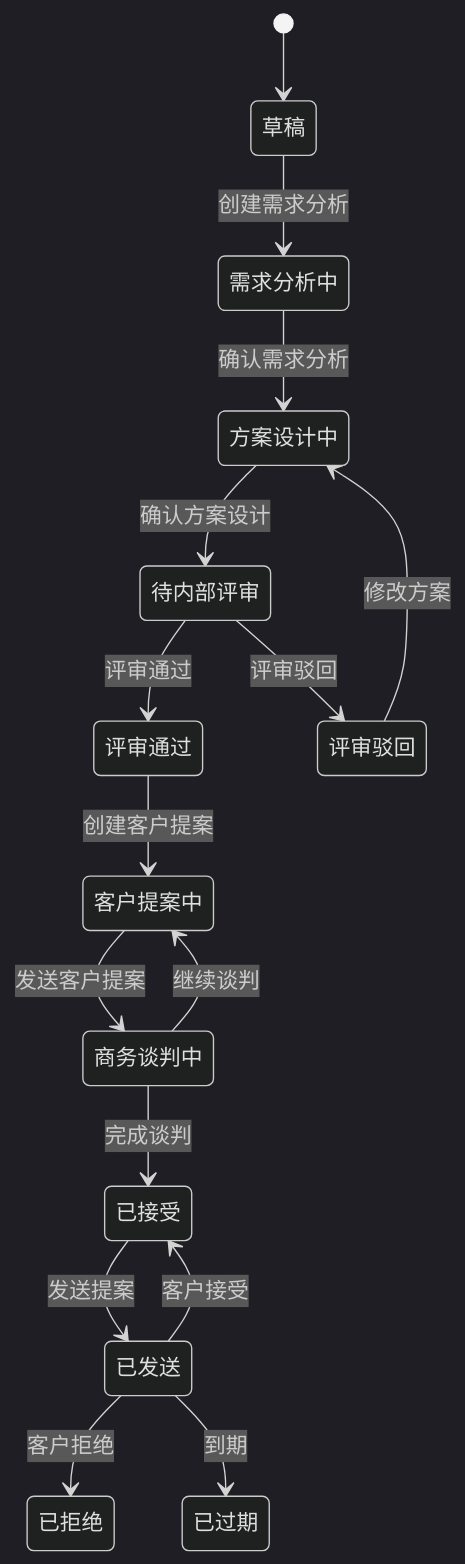
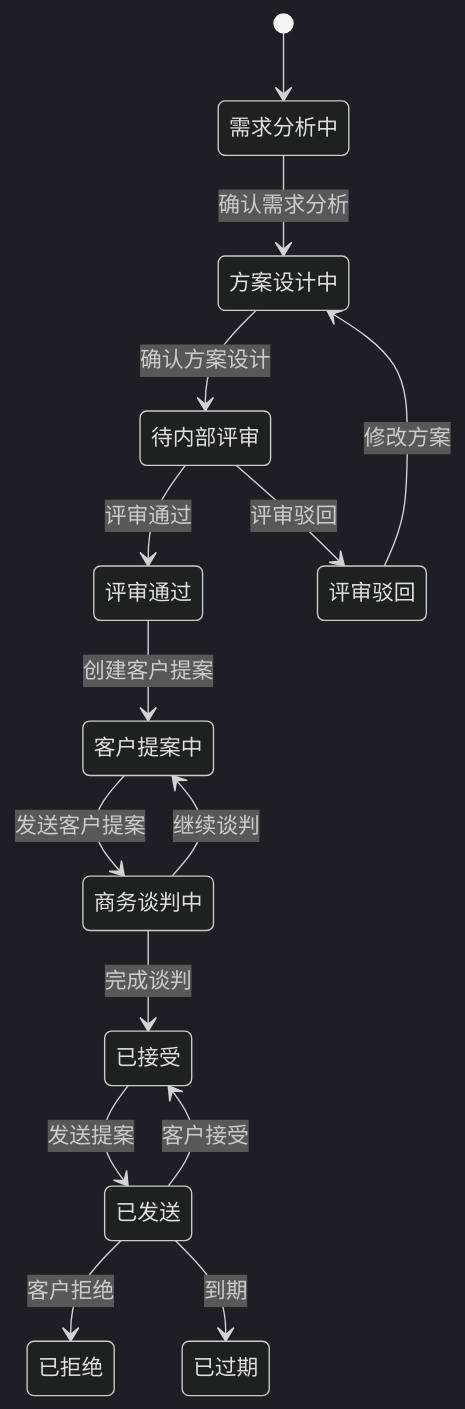
One commit to xianjianshenqu/SalesFlow-CRM changed the seventh of 18 diagrams in .qoder/repowiki/zh/content/Proposal Controller.md. Above: the diagram before and after it, drawn with Mermaid (dark theme). The commit also changed other lines of this file and 10 other files, not shown here.

````diff
--- a/.qoder/repowiki/zh/content/Proposal Controller.md
+++ b/.qoder/repowiki/zh/content/Proposal Controller.md
@@ -781,18 +812,17 @@
 ```mermaid
 stateDiagram-v2
-[*] --> 草稿
-草稿 --> 需求分析中 : 创建需求分析
+[*] --> 需求分析中
 需求分析中 --> 方案设计中 : 确认需求分析
 方案设计中 --> 待内部评审 : 确认方案设计
 待内部评审 --> 评审通过 : 评审通过
 待内部评审 --> 评审驳回 : 评审驳回
 评审通过 --> 客户提案中 : 创建客户提案
 评审驳回 --> 方案设计中 : 修改方案
 客户提案中 --> 商务谈判中 : 发送客户提案
 商务谈判中 --> 已接受 : 完成谈判
 商务谈判中 --> 客户提案中 : 继续谈判
 已接受 --> 已发送 : 发送提案
 已发送 --> 已接受 : 客户接受
 已发送 --> 已拒绝 : 客户拒绝
 已发送 --> 已过期 : 到期
 ```
````
